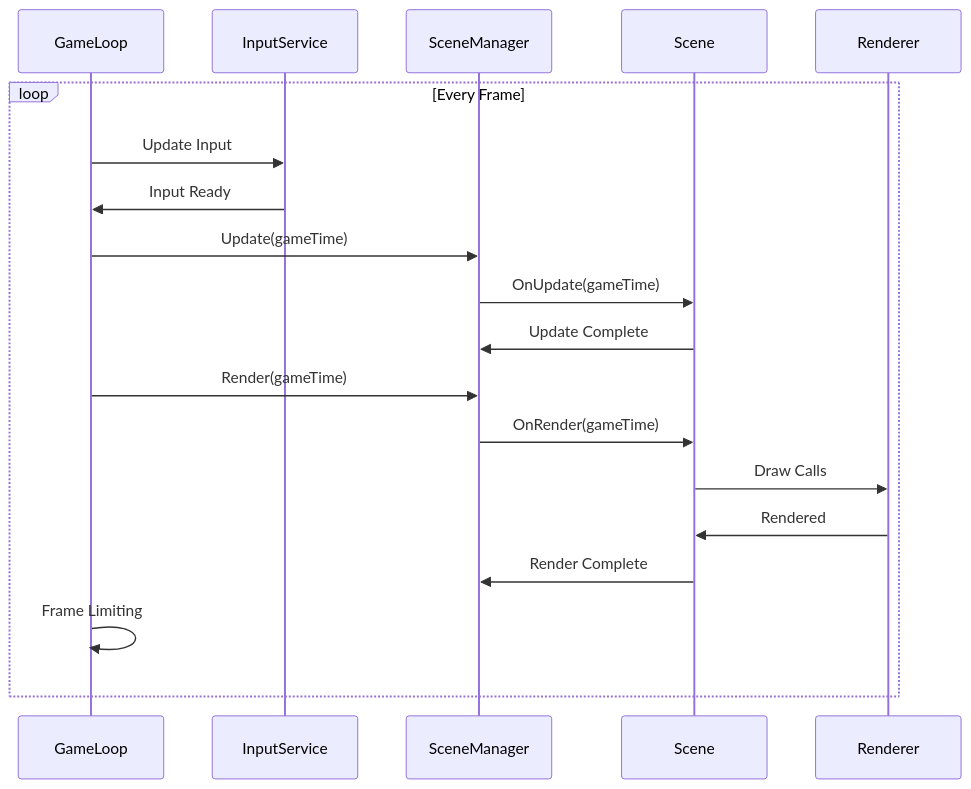
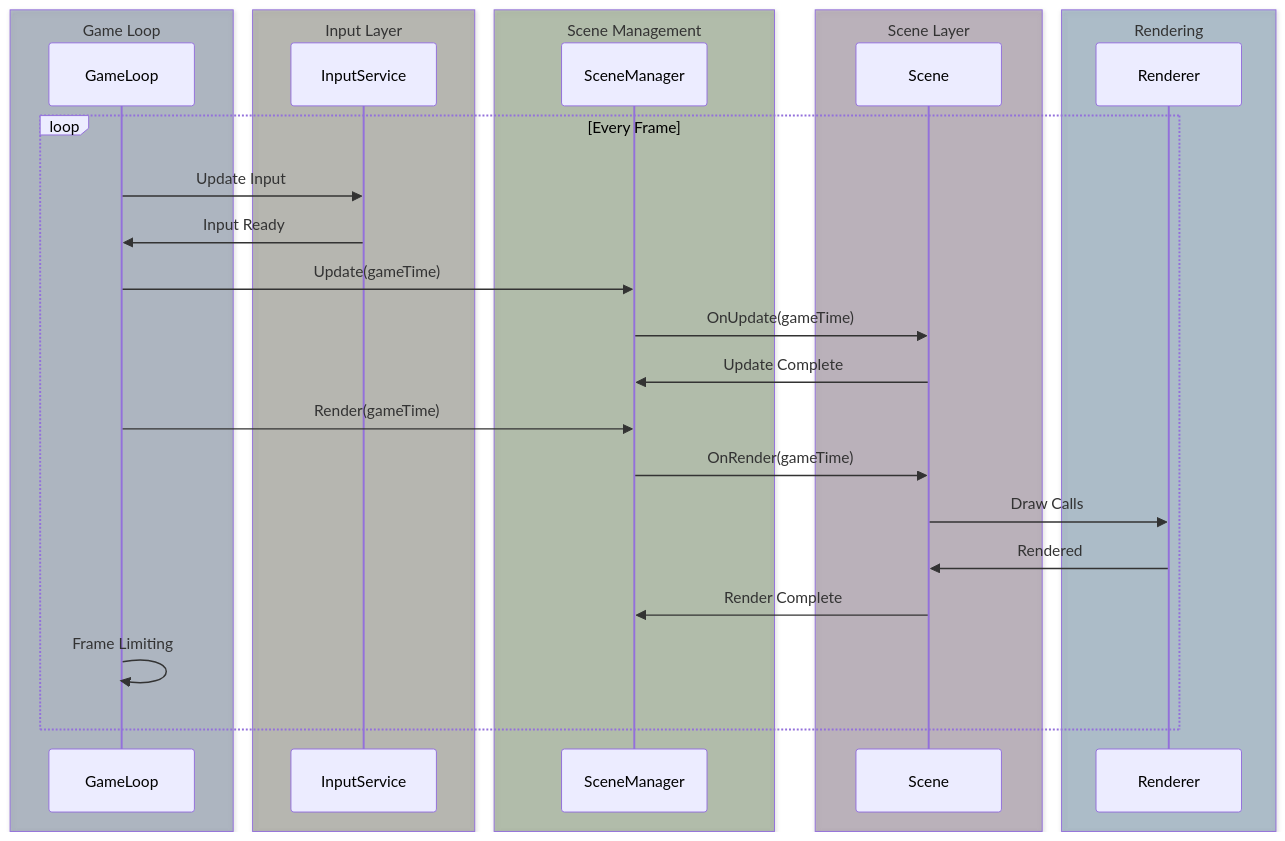
One commit to CrazyPickleStudios/Brine2D-Documentation changed the third of 4 diagrams in docs/concepts/index.md. Above: the diagram before and after it, drawn with Mermaid. The commit also changed 17 other files, not shown here.

````diff
--- a/docs/concepts/index.md
+++ b/docs/concepts/index.md
@@ -287,25 +287,45 @@
 ```mermaid
 sequenceDiagram
     participant GL as GameLoop
     participant IN as InputService
     participant SM as SceneManager
     participant S as Scene
     participant R as Renderer
     
     loop Every Frame
         GL->>IN: Update Input
         IN->>GL: Input Ready
         
         GL->>SM: Update(gameTime)
         SM->>S: OnUpdate(gameTime)
         S->>SM: Update Complete
         
         GL->>SM: Render(gameTime)
         SM->>S: OnRender(gameTime)
         S->>R: Draw Calls
         R->>S: Rendered
         S->>SM: Render Complete
         
         GL->>GL: Frame Limiting
     end
+    
+    box rgba(30, 58, 95, 0.3) Game Loop
+    participant GL
+    end
+    
+    box rgba(61, 61, 42, 0.3) Input Layer
+    participant IN
+    end
+    
+    box rgba(45, 80, 22, 0.3) Scene Management
+    participant SM
+    end
+    
+    box rgba(74, 45, 74, 0.3) Scene Layer
+    participant S
+    end
+    
+    box rgba(29, 79, 120, 0.3) Rendering
+    participant R
+    end
 ```
````
